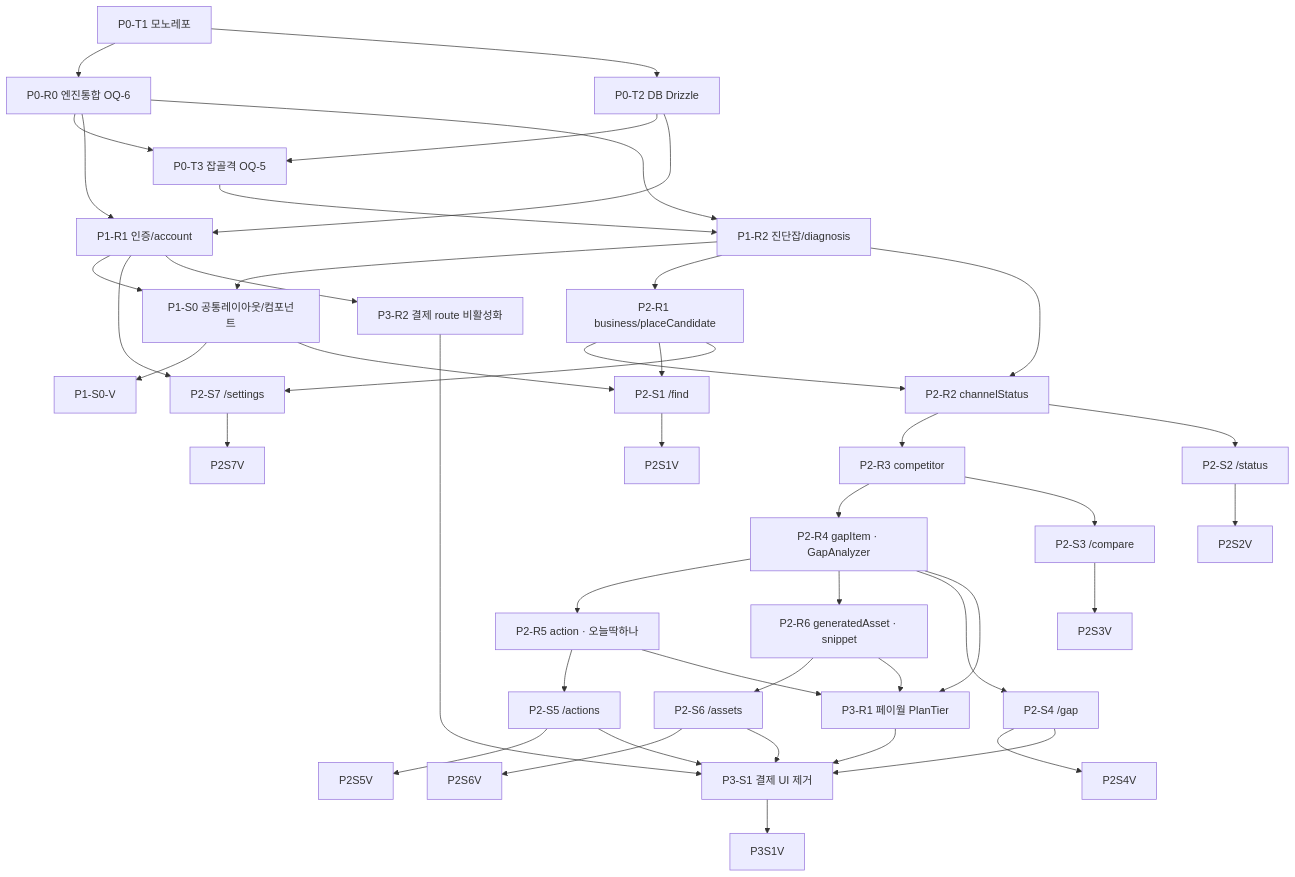
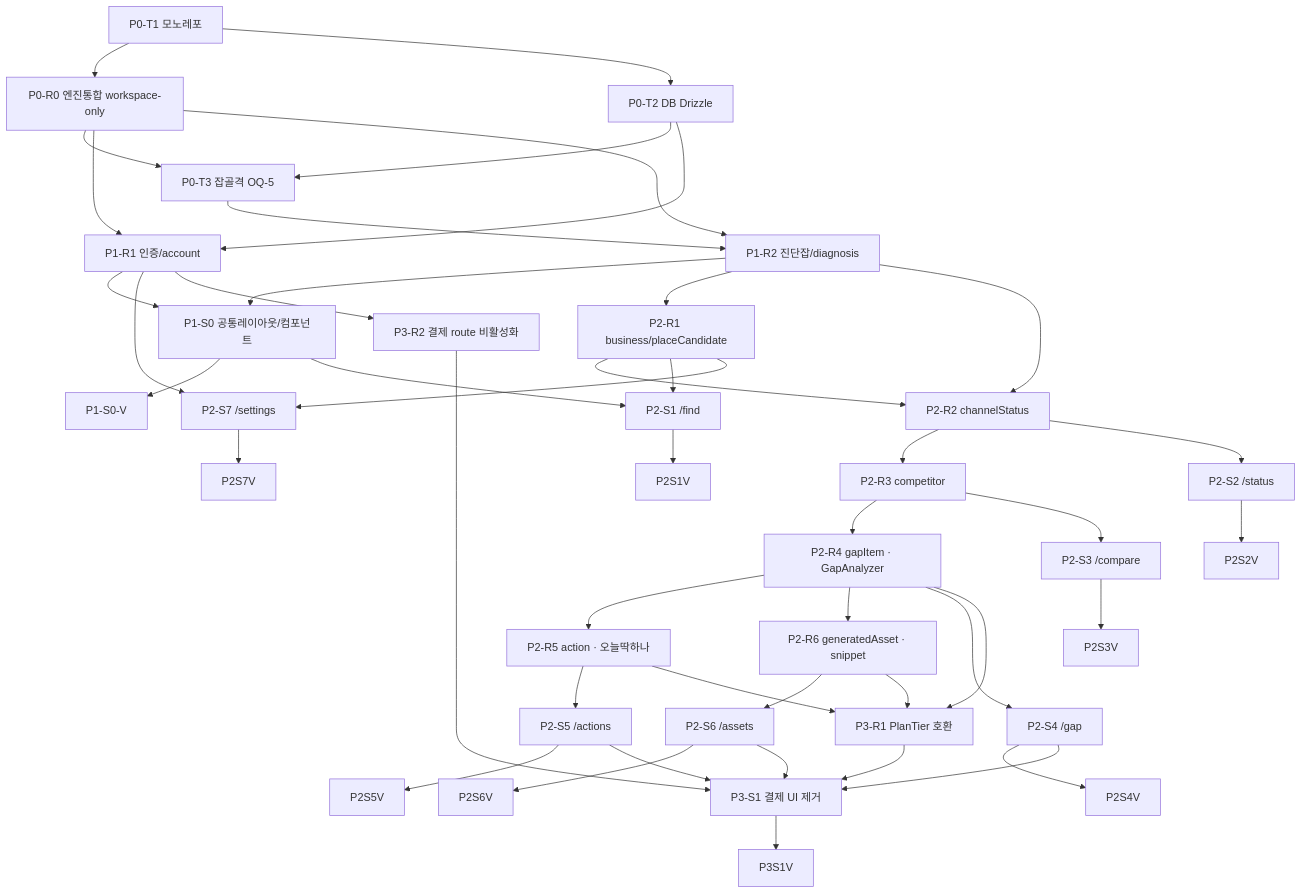
One commit to choiwjun/myrader changed the diagram in docs/planning/06-tasks.md. Above: the diagram before and after it, drawn with Mermaid. The commit also changed other lines of this file and 60 other files, not shown here.

````diff
--- a/docs/planning/06-tasks.md
+++ b/docs/planning/06-tasks.md
@@ -330,46 +332,46 @@
 ```mermaid
 graph TD
-  P0T1[P0-T1 모노레포] --> P0R0[P0-R0 엔진통합 OQ-6]
+  P0T1[P0-T1 모노레포] --> P0R0[P0-R0 엔진통합 workspace-only]
   P0T1 --> P0T2[P0-T2 DB Drizzle]
   P0R0 --> P0T3[P0-T3 잡골격 OQ-5]
   P0T2 --> P0T3
 
   P0T2 --> P1R1[P1-R1 인증/account]
   P0R0 --> P1R1
   P0T3 --> P1R2[P1-R2 진단잡/diagnosis]
   P0R0 --> P1R2
   P1R1 --> P1S0[P1-S0 공통레이아웃/컴포넌트]
   P1R2 --> P1S0
   P1S0 --> P1S0V[P1-S0-V]
 
   P1R2 --> P2R1[P2-R1 business/placeCandidate]
   P2R1 --> P2R2[P2-R2 channelStatus]
   P1R2 --> P2R2
   P2R2 --> P2R3[P2-R3 competitor]
   P2R3 --> P2R4[P2-R4 gapItem · GapAnalyzer]
   P2R4 --> P2R5[P2-R5 action · 오늘딱하나]
   P2R4 --> P2R6[P2-R6 generatedAsset · snippet]
 
   P1S0 --> P2S1[P2-S1 /find]
   P2R1 --> P2S1
   P2S1 --> P2S1V
   P2R2 --> P2S2[P2-S2 /status] --> P2S2V
   P2R3 --> P2S3[P2-S3 /compare] --> P2S3V
   P2R4 --> P2S4[P2-S4 /gap] --> P2S4V
   P2R5 --> P2S5[P2-S5 /actions] --> P2S5V
   P2R6 --> P2S6[P2-S6 /assets] --> P2S6V
   P1R1 --> P2S7[P2-S7 /settings]
   P2R1 --> P2S7
   P2S7 --> P2S7V
 
-  P2R4 --> P3R1[P3-R1 페이월 PlanTier]
+  P2R4 --> P3R1[P3-R1 PlanTier 호환]
   P2R5 --> P3R1
   P2R6 --> P3R1
   P1R1 --> P3R2[P3-R2 결제 route 비활성화]
   P3R1 --> P3S1[P3-S1 결제 UI 제거]
   P3R2 --> P3S1
   P2S4 --> P3S1
   P2S5 --> P3S1
   P2S6 --> P3S1
   P3S1 --> P3S1V
 ```
````
